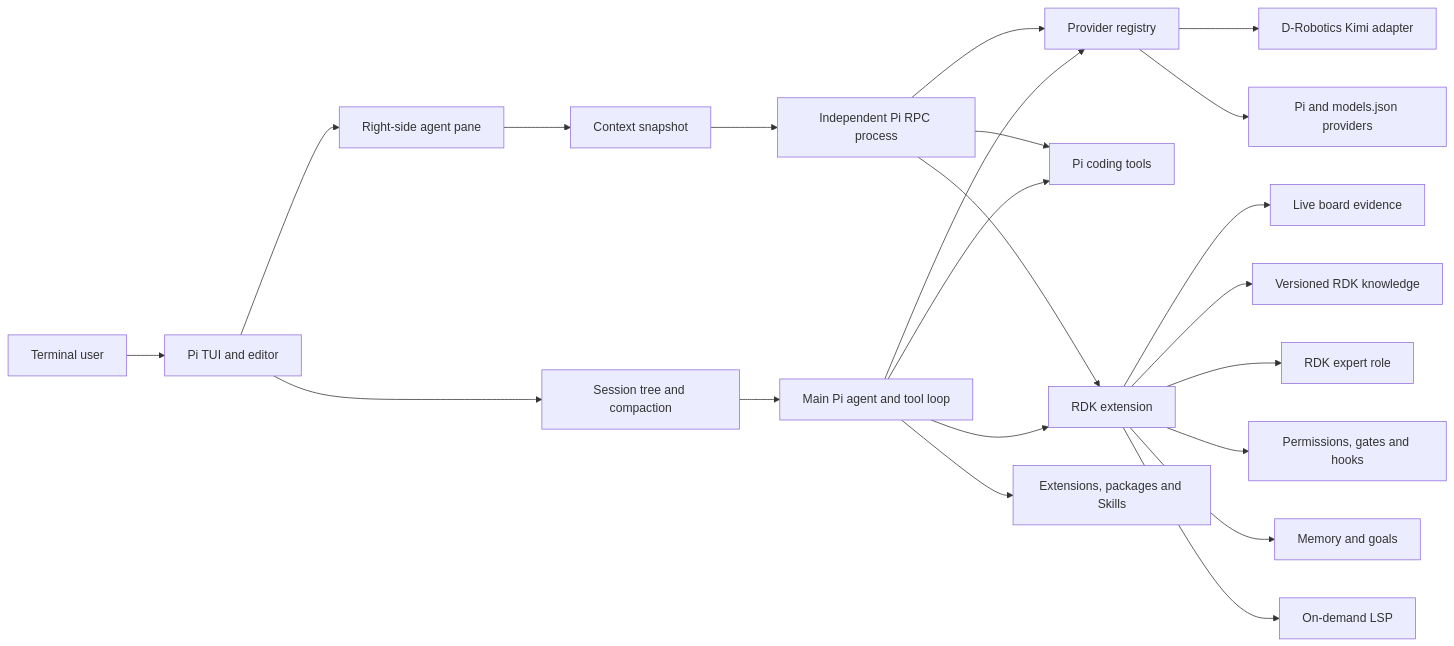
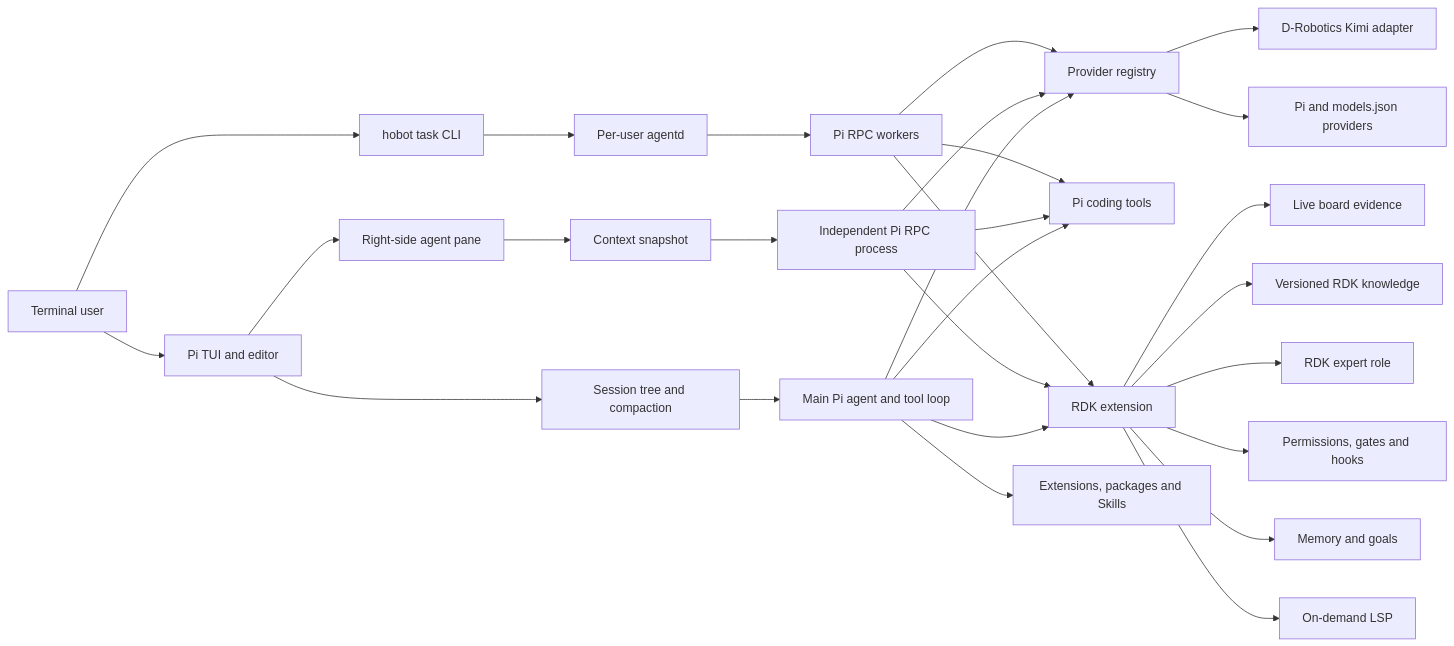
The diagram in docs/architecture.md (Kyrie-w8/hobot-code), drawn with Mermaid before and after one commit. The commit also changed other lines of this file and 32 other files, not shown here.

````diff
--- a/docs/architecture.md
+++ b/docs/architecture.md
@@ -7,28 +7,34 @@
 ```mermaid
 flowchart LR
   U["Terminal user"] --> T["Pi TUI and editor"]
+  U --> CLI["hobot task CLI"]
+  CLI --> AD["Per-user agentd"]
+  AD --> BG["Pi RPC workers"]
   T --> S["Session tree and compaction"]
   S --> A["Main Pi agent and tool loop"]
 
   A --> P["Provider registry"]
   P --> K["D-Robotics Kimi adapter"]
   P --> V["Pi and models.json providers"]
 
   A --> B["Pi coding tools"]
   A --> R["RDK extension"]
   A --> X["Extensions, packages and Skills"]
 
   R --> H["Live board evidence"]
   R --> D["Versioned RDK knowledge"]
   R --> E["RDK expert role"]
   R --> C["Permissions, gates and hooks"]
   R --> M["Memory and goals"]
   R --> L["On-demand LSP"]
 
   T --> W["Right-side agent pane"]
   W --> Q["Context snapshot"]
   Q --> SA["Independent Pi RPC process"]
   SA --> P
   SA --> B
   SA --> R
+  BG --> P
+  BG --> B
+  BG --> R
 ```
````
